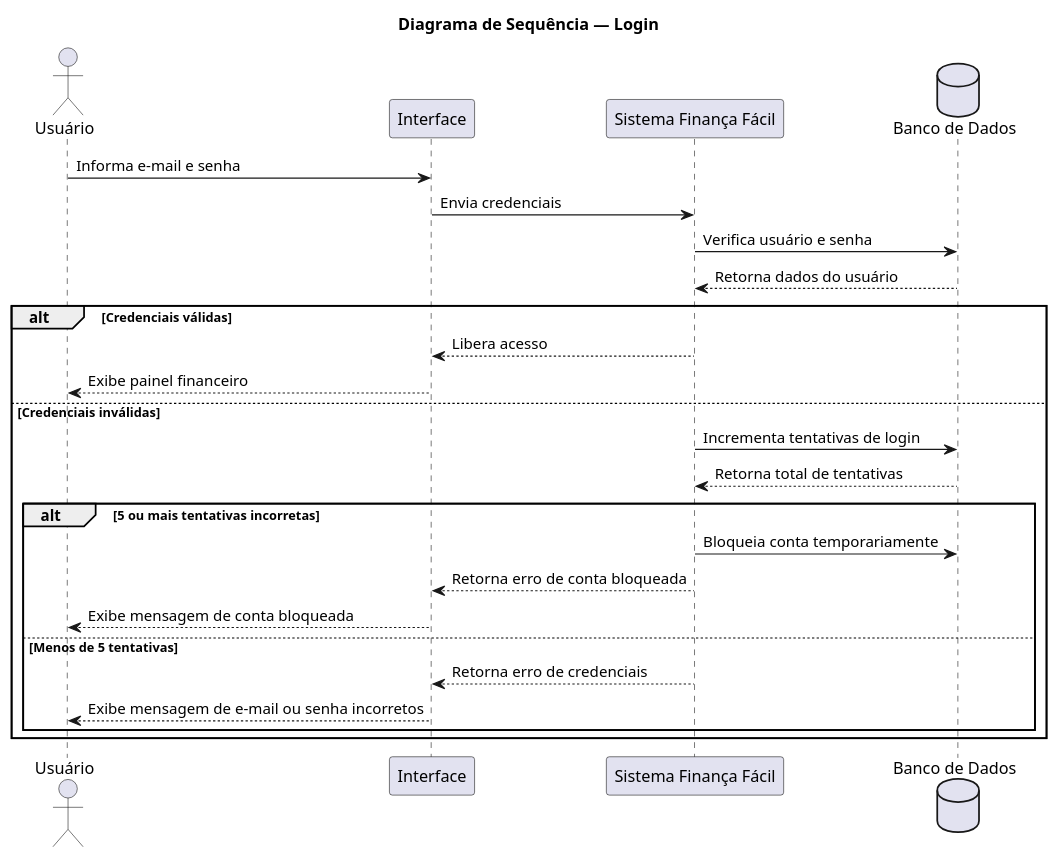
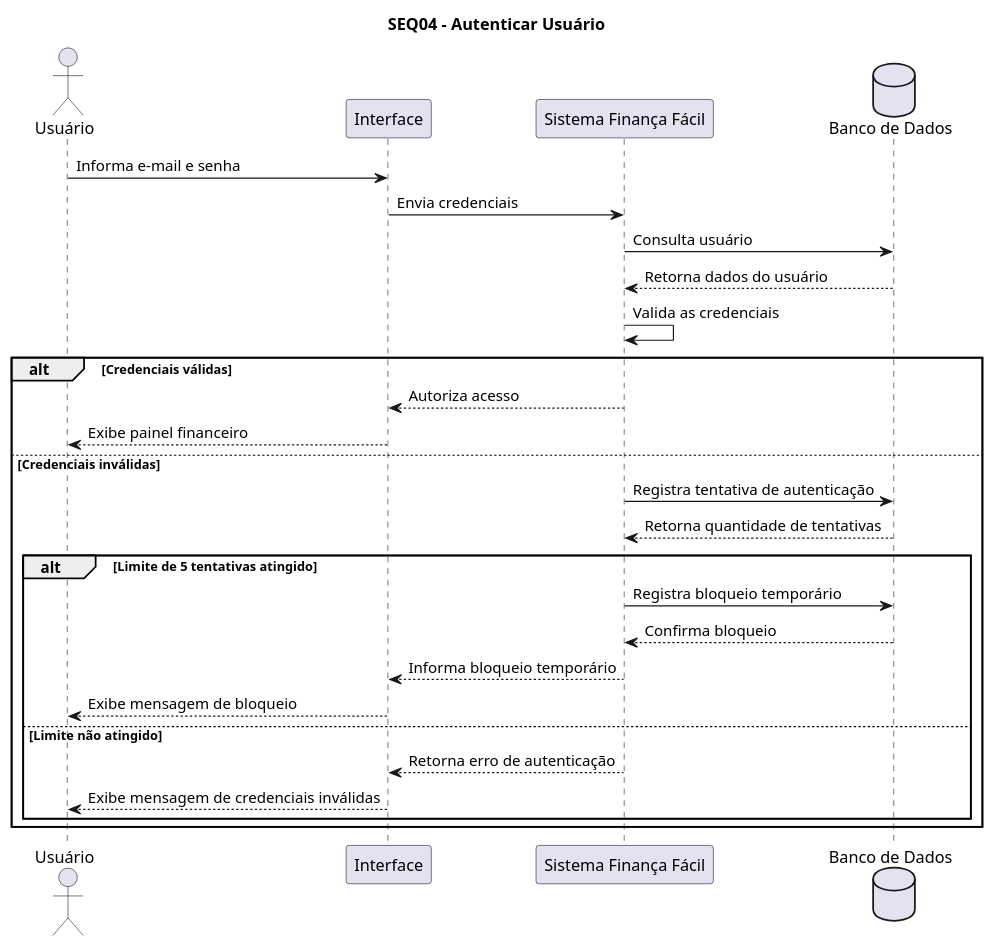
One commit to Nathan-Edu/Financa-Facil changed the diagram in docs/modelagem/sequencia/login.puml. Above: the diagram before and after it, drawn with PlantUML.

Commit message:
Update login sequence diagram with detailed logic

```diff
--- a/docs/modelagem/sequencia/login.puml
+++ b/docs/modelagem/sequencia/login.puml
@@ -1,29 +1,36 @@
 @startuml
-title Diagrama de Sequência — Login
+
+title SEQ04 - Autenticar Usuário
 
 actor "Usuário" as Usuario
 participant "Interface" as Interface
 participant "Sistema Finança Fácil" as Sistema
 database "Banco de Dados" as Banco
 
 Usuario -> Interface: Informa e-mail e senha
 Interface -> Sistema: Envia credenciais
-Sistema -> Banco: Verifica usuário e senha
+Sistema -> Banco: Consulta usuário
 Banco --> Sistema: Retorna dados do usuário
+Sistema -> Sistema: Valida as credenciais
 
 alt Credenciais válidas
-    Sistema --> Interface: Libera acesso
+    Sistema --> Interface: Autoriza acesso
     Interface --> Usuario: Exibe painel financeiro
+
 else Credenciais inválidas
-    Sistema -> Banco: Incrementa tentativas de login
-    Banco --> Sistema: Retorna total de tentativas
-    alt 5 ou mais tentativas incorretas
-        Sistema -> Banco: Bloqueia conta temporariamente
-        Sistema --> Interface: Retorna erro de conta bloqueada
-        Interface --> Usuario: Exibe mensagem de conta bloqueada
-    else Menos de 5 tentativas
-        Sistema --> Interface: Retorna erro de credenciais
-        Interface --> Usuario: Exibe mensagem de e-mail ou senha incorretos
+    Sistema -> Banco: Registra tentativa de autenticação
+    Banco --> Sistema: Retorna quantidade de tentativas
+
+    alt Limite de 5 tentativas atingido
+        Sistema -> Banco: Registra bloqueio temporário
+        Banco --> Sistema: Confirma bloqueio
+        Sistema --> Interface: Informa bloqueio temporário
+        Interface --> Usuario: Exibe mensagem de bloqueio
+
+    else Limite não atingido
+        Sistema --> Interface: Retorna erro de autenticação
+        Interface --> Usuario: Exibe mensagem de credenciais inválidas
     end
 end
+
 @enduml
```
